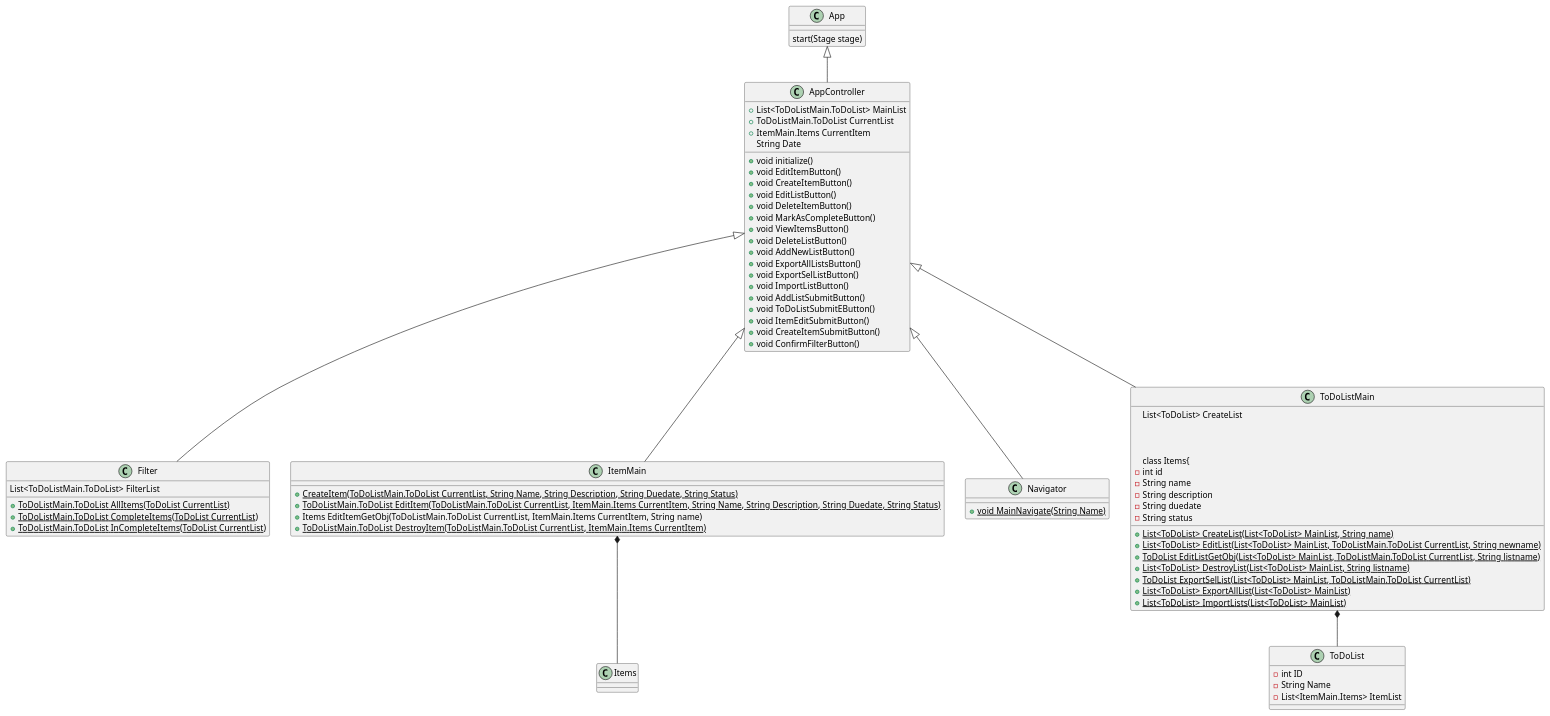
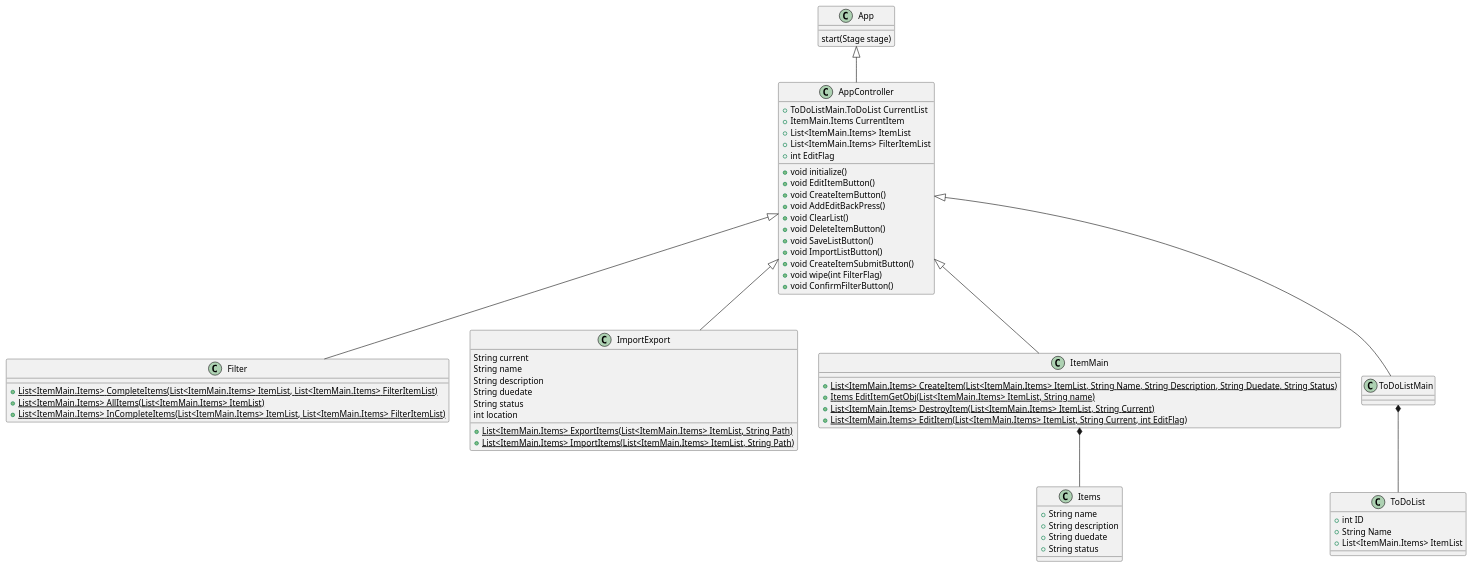
Before and after one commit to SmokeIce593/parrish-cop3330-assignment4part2: the diagram in uml/Assignment4.puml, drawn with PlantUML. The commit also changed 1 other file, not shown here.

Commit message:
PlantUml finished

```diff
--- a/uml/Assignment4.puml
+++ b/uml/Assignment4.puml
@@ -1,86 +1,82 @@
 @startuml
 'https://plantuml.com/class-diagram
 
 class App {
     start(Stage stage)
 }
 
 class AppController {
-    + void initialize()
-    + void EditItemButton()
-    + void CreateItemButton()
-    + void EditListButton()
-    + void DeleteItemButton()
-    + void MarkAsCompleteButton()
-    + void ViewItemsButton()
-    + void DeleteListButton()
-    + void AddNewListButton()
-    + void ExportAllListsButton()
-    + void ExportSelListButton()
-    + void ImportListButton()
-    + void AddListSubmitButton()
-    + void ToDoListSubmitEButton()
-    + void ItemEditSubmitButton()
-    + void CreateItemSubmitButton()
-    + void ConfirmFilterButton()
-    + List<ToDoListMain.ToDoList> MainList
-    + ToDoListMain.ToDoList CurrentList
-    + ItemMain.Items CurrentItem
-    String Date
+        + ToDoListMain.ToDoList CurrentList
+        + ItemMain.Items CurrentItem
+        + List<ItemMain.Items> ItemList
+        + List<ItemMain.Items> FilterItemList
+        + int EditFlag
+        + void initialize()
+        + void EditItemButton()
+        + void CreateItemButton()
+        + void AddEditBackPress()
+        + void ClearList()
+        + void DeleteItemButton()
+        + void SaveListButton()
+        + void ImportListButton()
+        + void CreateItemSubmitButton()
+        + void wipe(int FilterFlag)
+        + void ConfirmFilterButton()
 }
 
 class Filter {
-    + {static} ToDoListMain.ToDoList AllItems(ToDoList CurrentList)
-    + {static} ToDoListMain.ToDoList CompleteItems(ToDoList CurrentList)
-    + {static} ToDoListMain.ToDoList InCompleteItems(ToDoList CurrentList)
-    List<ToDoListMain.ToDoList> FilterList
+    + {static} List<ItemMain.Items> CompleteItems(List<ItemMain.Items> ItemList, List<ItemMain.Items> FilterItemList)
+    + {static}  List<ItemMain.Items> AllItems(List<ItemMain.Items> ItemList)
+    + {static} List<ItemMain.Items> InCompleteItems(List<ItemMain.Items> ItemList, List<ItemMain.Items> FilterItemList)
+}
+
+class ImportExport {
+    + {static} List<ItemMain.Items> ExportItems(List<ItemMain.Items> ItemList, String Path)
+    + {static} List<ItemMain.Items> ImportItems(List<ItemMain.Items> ItemList, String Path)
+    String current
+    String name
+    String description
+    String duedate
+    String status
+    int location
+
 }
 
 class ItemMain {
-    + {static} CreateItem(ToDoListMain.ToDoList CurrentList, String Name, String Description, String Duedate, String Status)
-    + {static} ToDoListMain.ToDoList EditItem(ToDoListMain.ToDoList CurrentList, ItemMain.Items CurrentItem,  String Name, String Description, String Duedate, String Status)
-    + Items EditItemGetObj(ToDoListMain.ToDoList CurrentList, ItemMain.Items CurrentItem, String name)
-    + {static} ToDoListMain.ToDoList DestroyItem(ToDoListMain.ToDoList CurrentList, ItemMain.Items CurrentItem)
+    + {static} List<ItemMain.Items> CreateItem(List<ItemMain.Items> ItemList, String Name, String Description, String Duedate, String Status)
+    + {static} Items EditItemGetObj(List<ItemMain.Items> ItemList, String name)
+    + {static} List<ItemMain.Items> DestroyItem(List<ItemMain.Items> ItemList, String Current)
+    + {static} List<ItemMain.Items> EditItem(List<ItemMain.Items> ItemList, String Current, int EditFlag)
 
 }
 
-class Navigator {
-     + {static} void MainNavigate(String Name)
-}
 
 class ToDoListMain {
-    + {static} List<ToDoList> CreateList(List<ToDoList> MainList, String name)
-    + {static} List<ToDoList> EditList(List<ToDoList> MainList, ToDoListMain.ToDoList CurrentList, String newname)
-    + {static} ToDoList EditListGetObj(List<ToDoList> MainList, ToDoListMain.ToDoList CurrentList, String listname)
-    + {static} List<ToDoList> DestroyList(List<ToDoList> MainList, String listname)
-    + {static} ToDoList ExportSelList(List<ToDoList> MainList, ToDoListMain.ToDoList CurrentList)
-    + {static} List<ToDoList> ExportAllList(List<ToDoList> MainList)
-    + {static} List<ToDoList> ImportLists(List<ToDoList> MainList)
-    List<ToDoList> CreateList
+
+}
 
 
 
 class Items{
-        - int id
-        - String name
-        - String description
-        - String duedate
-        - String status
+        + String name
+        + String description
+        + String duedate
+        + String status
 }
 
 class ToDoList{
-        - int ID
-        - String Name
-        - List<ItemMain.Items> ItemList
+        + int ID
+        + String Name
+        + List<ItemMain.Items> ItemList
 }
 
 
 
 ItemMain *-- Items
 ToDoListMain *-- ToDoList
 App <|-- AppController
 AppController <|-- Filter
+AppController <|-- ImportExport
 AppController <|-- ItemMain
-AppController <|-- Navigator
 AppController <|-- ToDoListMain
 @enduml
```
